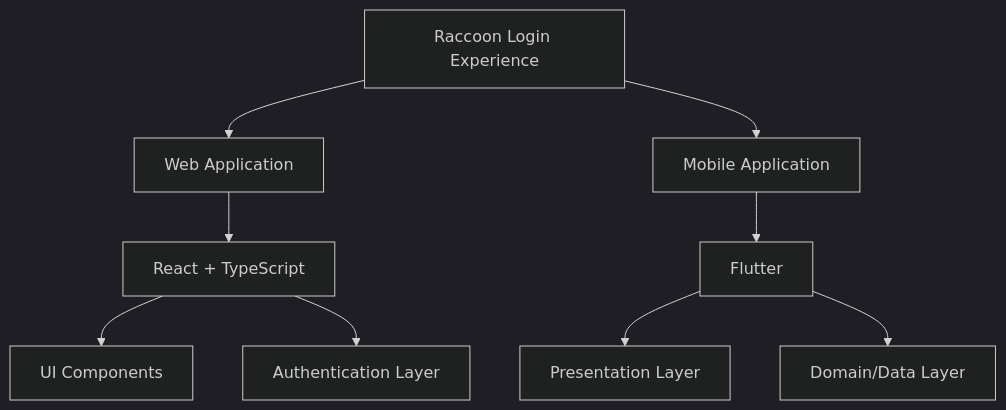
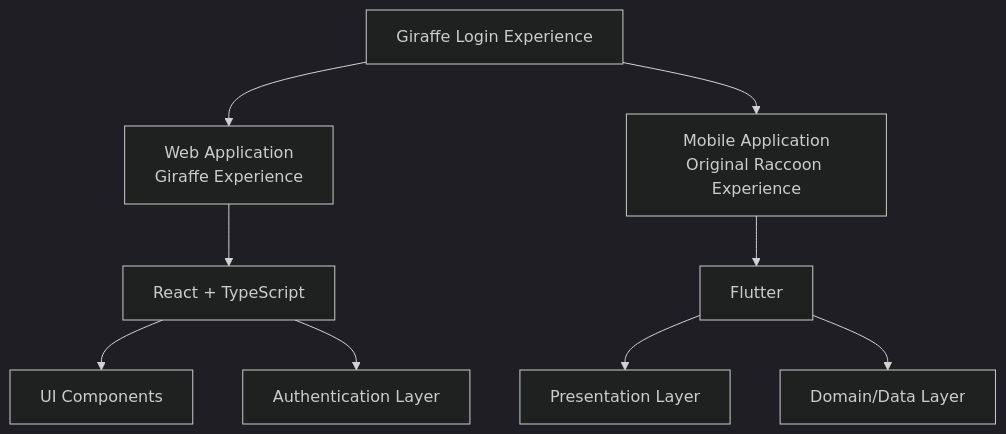
The diagram in README.md (sedwna/giraffe-login-experience), drawn with Mermaid (dark theme) before and after one commit. The commit also changed other lines of this file and 26 other files, not shown here.

First line of the commit message:
feat: replace raccoon with full-height giraffe login experience

````diff
--- a/README.md
+++ b/README.md
@@ -62,16 +83,16 @@
 ```mermaid
 graph TD
 
-A[Raccoon Login Experience]
+A[Giraffe Login Experience]
 
-A --> B[Web Application]
-A --> C[Mobile Application]
+A --> B[Web Application<br/>Giraffe Experience]
+A --> C[Mobile Application<br/>Original Raccoon Experience]
 
 B --> D[React + TypeScript]
 D --> E[UI Components]
 D --> F[Authentication Layer]
 
 C --> G[Flutter]
 G --> H[Presentation Layer]
 G --> I[Domain/Data Layer]
 ```
````
